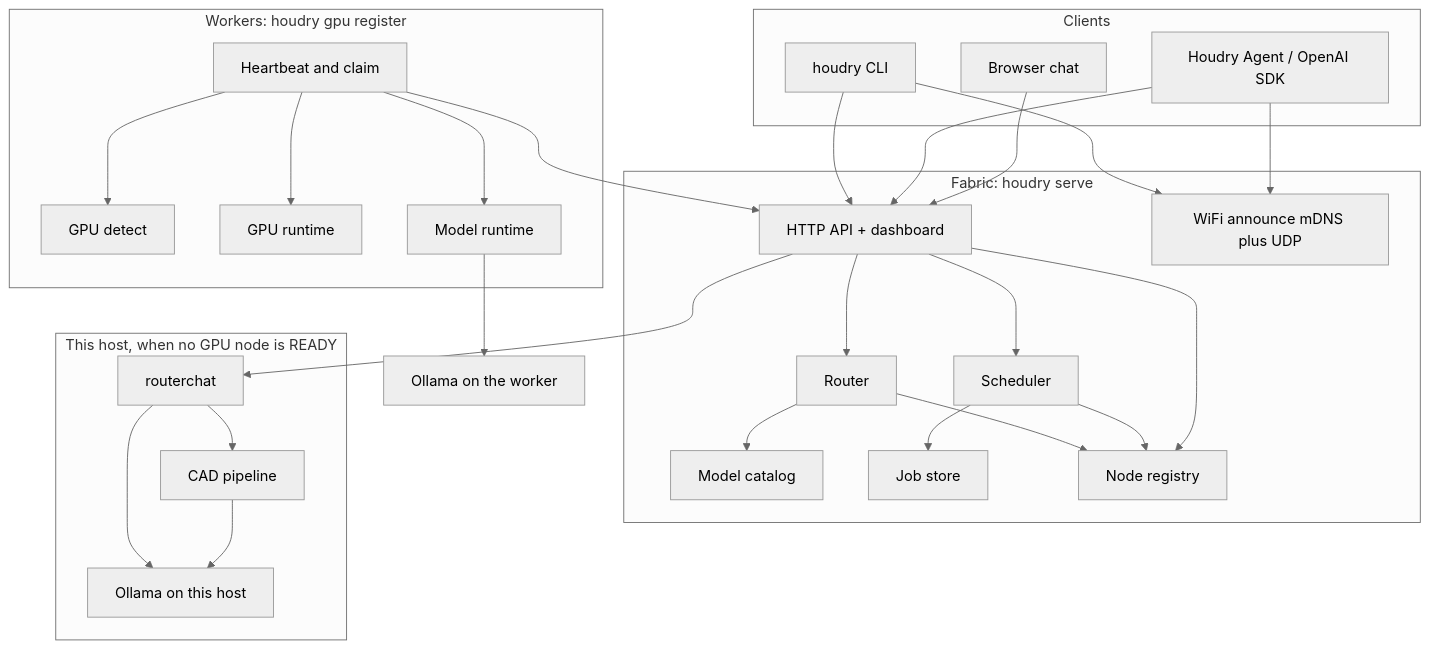
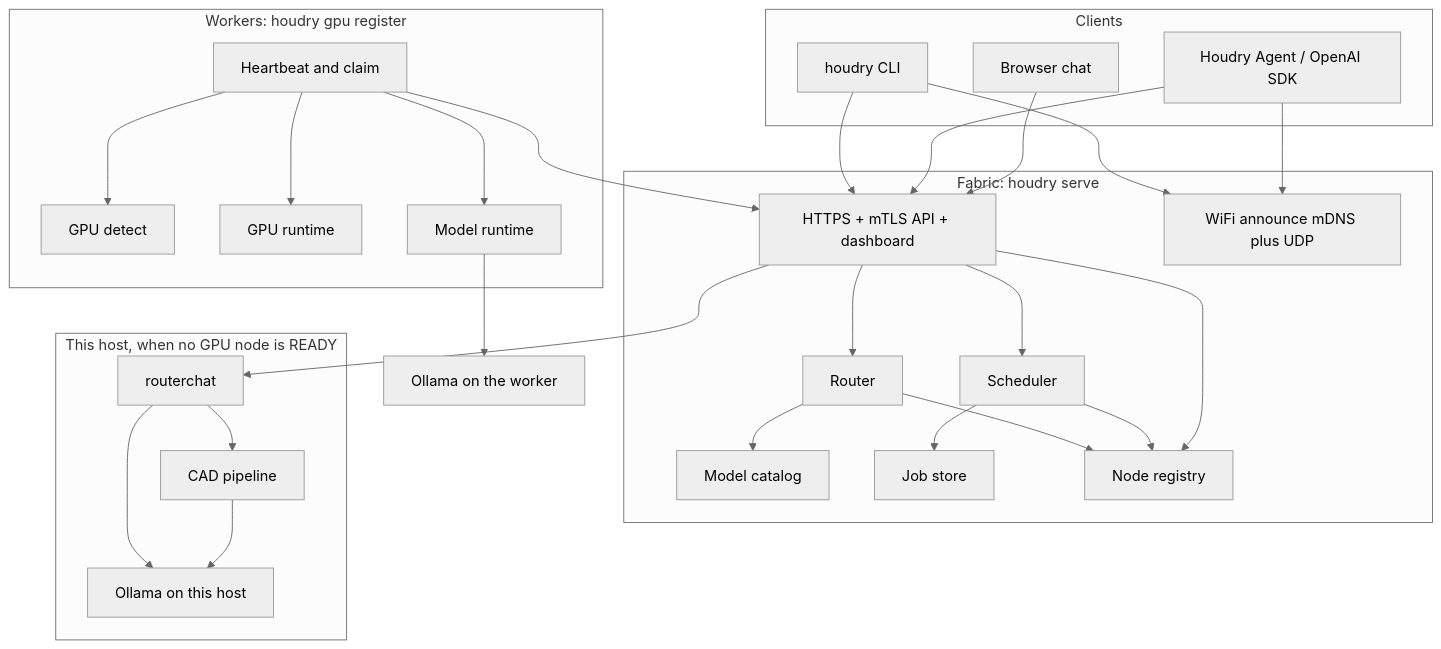
Before and after one commit to houdry-genomex/houdry: the first of 2 diagrams in README.md, drawn with Mermaid (neutral theme). The commit also changed other lines of this file and 44 other files, not shown here.

First line of the commit message:
feat: serve the control plane over HTTPS with mTLS enrollment

````diff
--- a/README.md
+++ b/README.md
@@ -22,56 +22,56 @@
 ```mermaid
 flowchart TB
   subgraph clients [Clients]
     CLI["houdry CLI"]
     Agent["Houdry Agent / OpenAI SDK"]
     Browser["Browser chat"]
   end
 
   subgraph fabric [Fabric: houdry serve]
-    HTTP["HTTP API + dashboard"]
+    HTTP["HTTPS + mTLS API + dashboard"]
     LAN["WiFi announce mDNS plus UDP"]
     Router["Router"]
     Catalog["Model catalog"]
     Sched["Scheduler"]
     Jobs["Job store"]
     Registry["Node registry"]
   end
 
   subgraph workers [Workers: houdry gpu register]
     AgentLoop["Heartbeat and claim"]
     GPUDetect["GPU detect"]
     GPURuntime["GPU runtime"]
     ModelRT["Model runtime"]
   end
 
   subgraph local [This host, when no GPU node is READY]
     Chat["routerchat"]
     OllamaLocal["Ollama on this host"]
     CAD["CAD pipeline"]
   end
 
   CLI --> HTTP
   CLI --> LAN
   Agent --> HTTP
   Agent --> LAN
   Browser --> HTTP
 
   HTTP --> Router
   Router --> Catalog
   Router --> Registry
   HTTP --> Sched
   Sched --> Jobs
   Sched --> Registry
   HTTP --> Registry
   HTTP --> Chat
 
   AgentLoop --> HTTP
   AgentLoop --> GPUDetect
   AgentLoop --> GPURuntime
   AgentLoop --> ModelRT
   ModelRT --> OllamaWorker["Ollama on the worker"]
 
   Chat --> OllamaLocal
   Chat --> CAD
   CAD --> OllamaLocal
 ```
````
